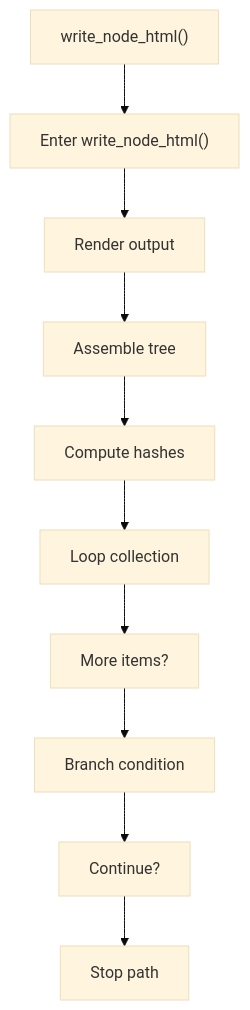
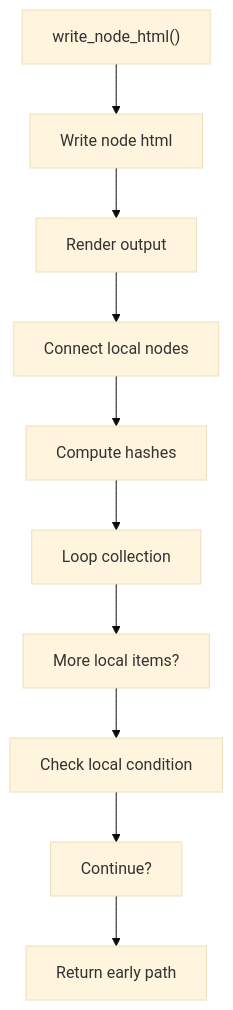
Before and after one commit to JohnAndrewBalbarosa/NeoTerritory: the sixth of 9 diagrams in docs/Codebase/Microservice/Modules/Source/OutputGeneration/Render/tree_html_renderer.cpp.md, drawn with Mermaid (base theme). The commit also changed other lines of this file and 925 other files, not shown here.

````diff
--- a/docs/Codebase/Microservice/Modules/Source/OutputGeneration/Render/tree_html_renderer.cpp.md
+++ b/docs/Codebase/Microservice/Modules/Source/OutputGeneration/Render/tree_html_renderer.cpp.md
@@ -194,22 +193,22 @@
 ```mermaid
 flowchart TD
     N0["write_node_html()"]
-    N1["Enter write_node_html()"]
+    N1["Write node html"]
     N2["Render output"]
-    N3["Assemble tree"]
+    N3["Connect local nodes"]
     N4["Compute hashes"]
     N5["Loop collection"]
-    N6["More items?"]
-    N7["Branch condition"]
+    N6["More local items?"]
+    N7["Check local condition"]
     N8["Continue?"]
-    N9["Stop path"]
+    N9["Return early path"]
     N0 --> N1
     N1 --> N2
     N2 --> N3
     N3 --> N4
     N4 --> N5
     N5 --> N6
     N6 --> N7
     N7 --> N8
     N8 --> N9
 ```
````
